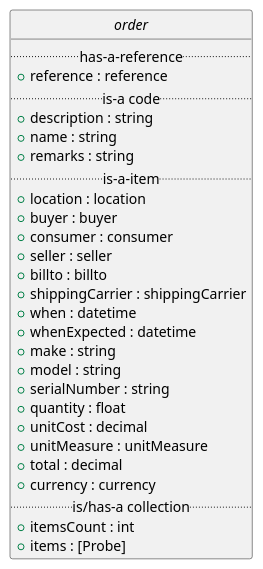
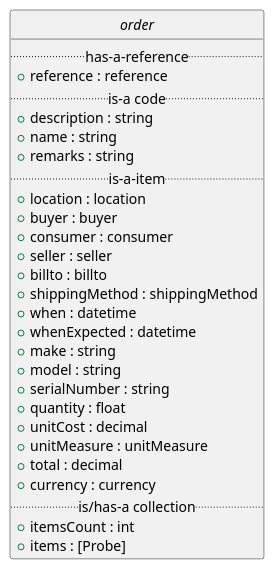
One commit to EciStg/order-placement changed the second of 2 diagrams in order/order.org. Above: the diagram before and after it, drawn with PlantUML. The commit also changed other lines of this file and 5 other files, not shown here.

Commit message:
order: shippingCarrier has been renamed to shippingMethod. The shipping method combines the carrier, the method, and or the SLA. For example: FedEx Next Day

```diff
--- a/order/order.org
+++ b/order/order.org
@@ -44,34 +44,34 @@
 #+BEGIN_SRC plantuml :file ../images/order-class-diagram.puml.png :exports results
   @startuml
   hide circle
 
   interface order {
   .. has-a-reference ..
   {field} + reference : reference
   .. is-a code ..
   {field} + description : string
   {field} + name : string
   {field} + remarks : string
   .. is-a-item ..
   {field} + location : location
   {field} + buyer : buyer
   {field} + consumer : consumer
   {field} + seller : seller
   {field} + billto : billto
-  {field} + shippingCarrier : shippingCarrier
+  {field} + shippingMethod : shippingMethod
   {field} + when : datetime
   {field} + whenExpected : datetime
   {field} + make : string
   {field} + model : string
   {field} + serialNumber : string
   {field} + quantity : float
   {field} + unitCost : decimal
   {field} + unitMeasure : unitMeasure
   {field} + total : decimal
   {field} + currency : currency
   .. is/has-a collection ..
   {field} + itemsCount : int
   {field} + items : [Probe]
   }
   @enduml
 #+END_SRC
```
